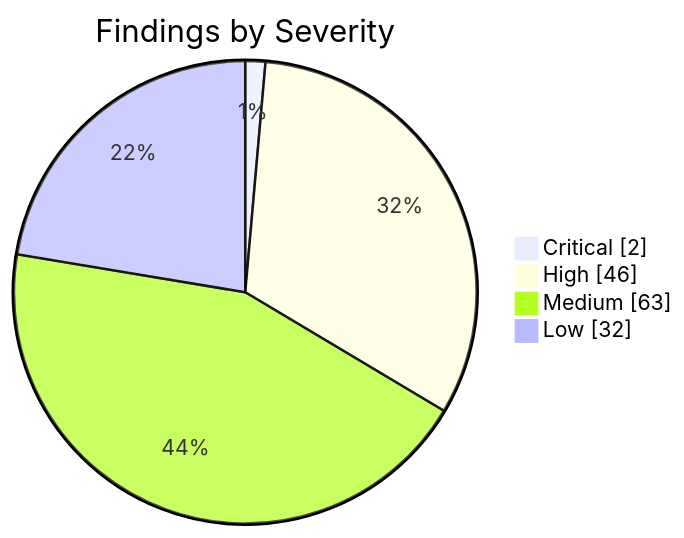
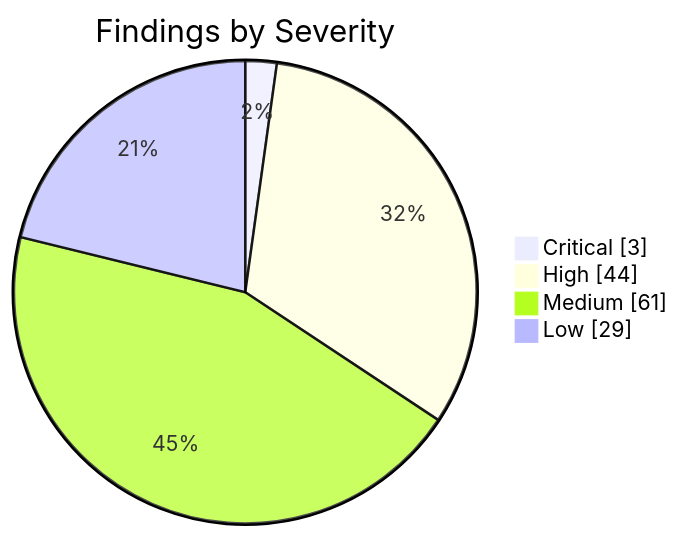
Before and after one commit to KBVE/kbve: the first of 2 diagrams in apps/kbve/astro-kbve/src/content/docs/dashboard/security.mdx, drawn with Mermaid. The commit also changed other lines of this file and 8 other files, not shown here.

````diff
--- a/apps/kbve/astro-kbve/src/content/docs/dashboard/security.mdx
+++ b/apps/kbve/astro-kbve/src/content/docs/dashboard/security.mdx
@@ -62,8 +62,8 @@
 ```mermaid
 pie showData
     title Findings by Severity
-    "Critical" : 2
-    "High" : 46
-    "Medium" : 63
-    "Low" : 32
+    "Critical" : 3
+    "High" : 44
+    "Medium" : 61
+    "Low" : 29
 ```
````
